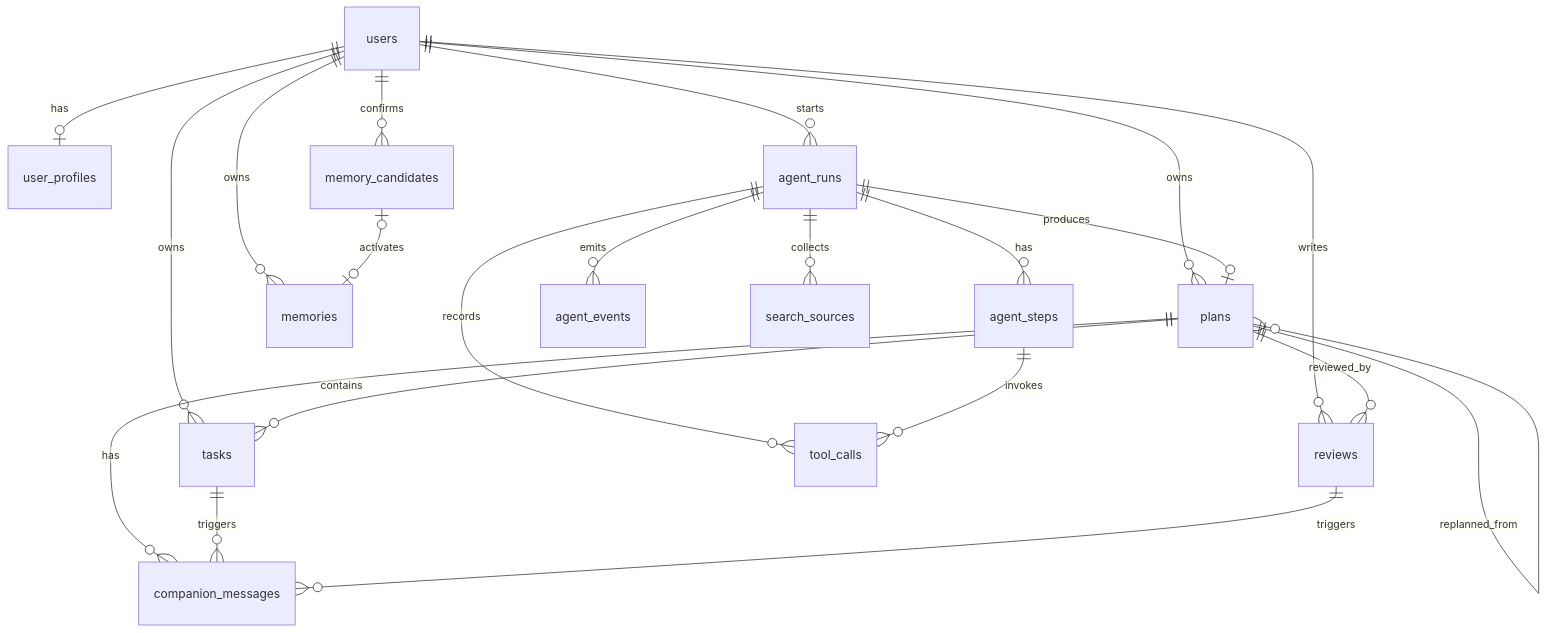
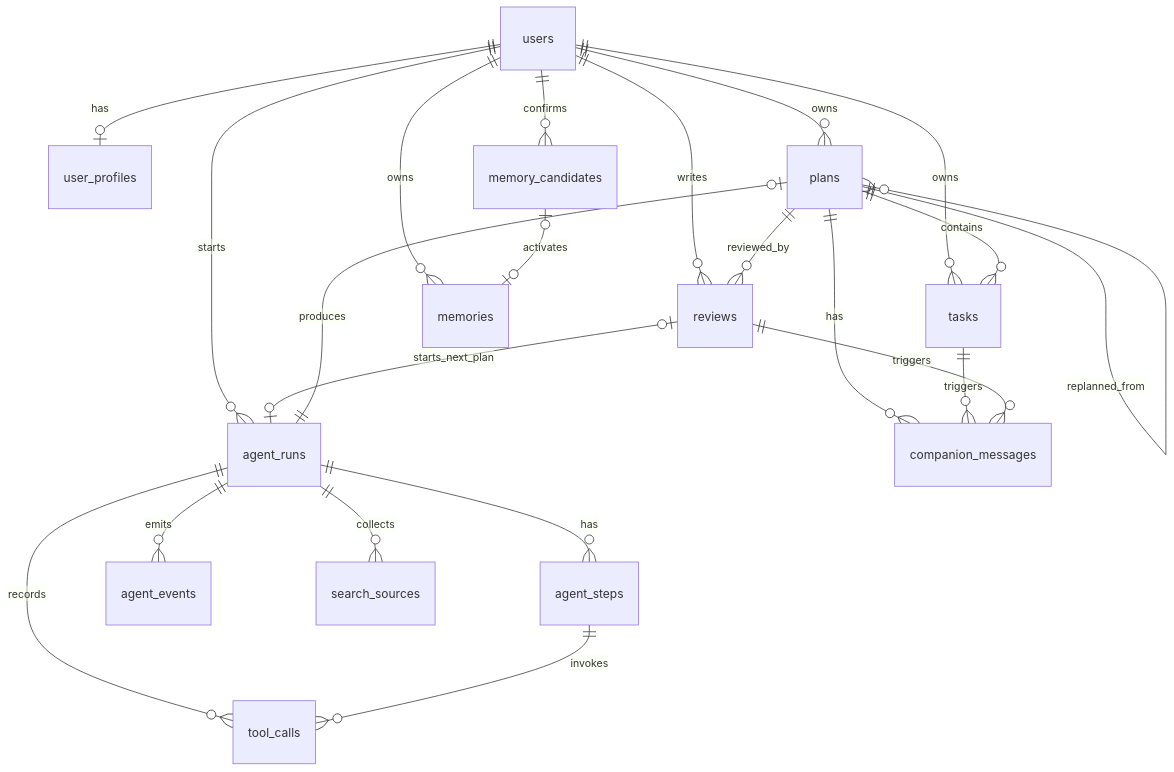
The diagram in docs/model-design/data-models/er-diagram.mmd (lyyjsr/career-planning-buddy), drawn with Mermaid before and after one commit. The commit also changed 73 other files, not shown here.

````diff
--- a/docs/model-design/data-models/er-diagram.mmd
+++ b/docs/model-design/data-models/er-diagram.mmd
@@ -3,27 +3,28 @@
 ```mermaid
 erDiagram
     users ||--o| user_profiles : has
     users ||--o{ plans : owns
     users ||--o{ tasks : owns
     users ||--o{ reviews : writes
     users ||--o{ memories : owns
     users ||--o{ memory_candidates : confirms
     users ||--o{ agent_runs : starts
 
     plans ||--o{ tasks : contains
     plans ||--o{ reviews : reviewed_by
     plans ||--o{ companion_messages : has
     plans ||--o{ plans : replanned_from
 
     tasks ||--o{ companion_messages : triggers
     reviews ||--o{ companion_messages : triggers
+    reviews o|--o| agent_runs : starts_next_plan
 
     agent_runs ||--o{ agent_steps : has
     agent_runs ||--o{ agent_events : emits
     agent_runs ||--o{ tool_calls : records
     agent_steps ||--o{ tool_calls : invokes
     agent_runs ||--o{ search_sources : collects
     agent_runs ||--o| plans : produces
 
     memory_candidates o|--o| memories : activates
 ```
````
